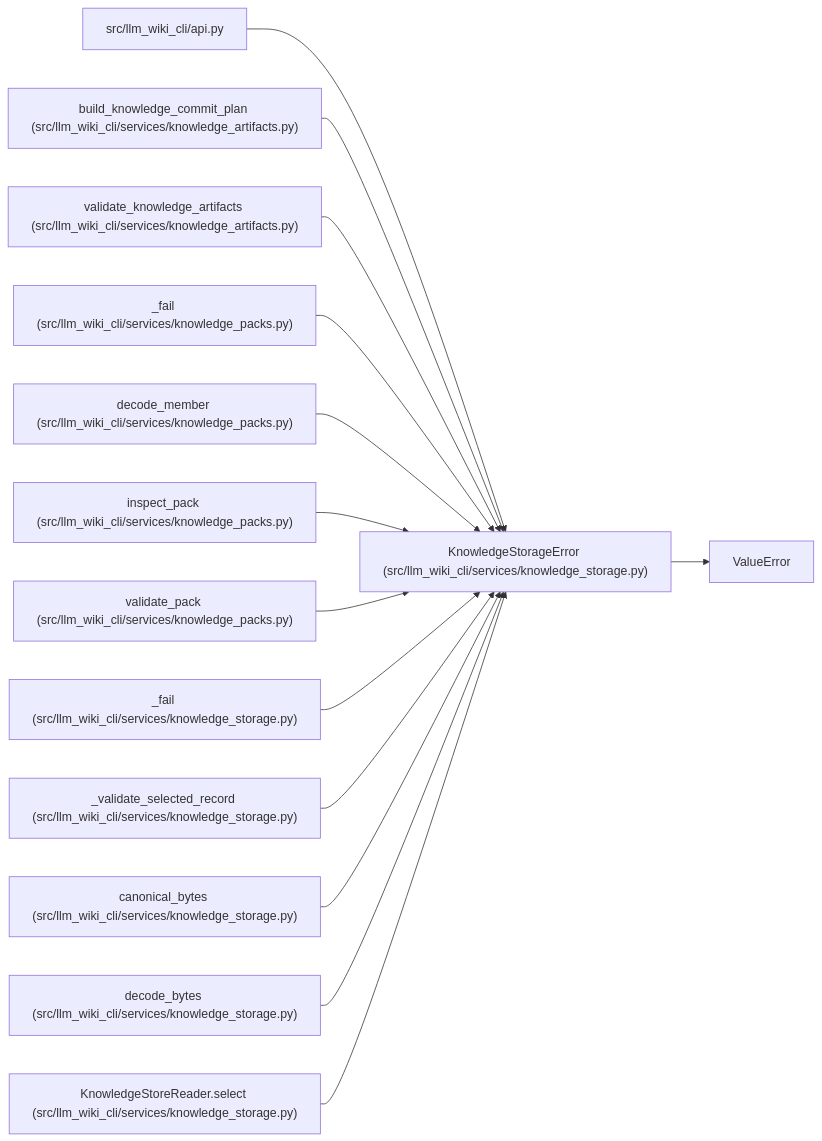
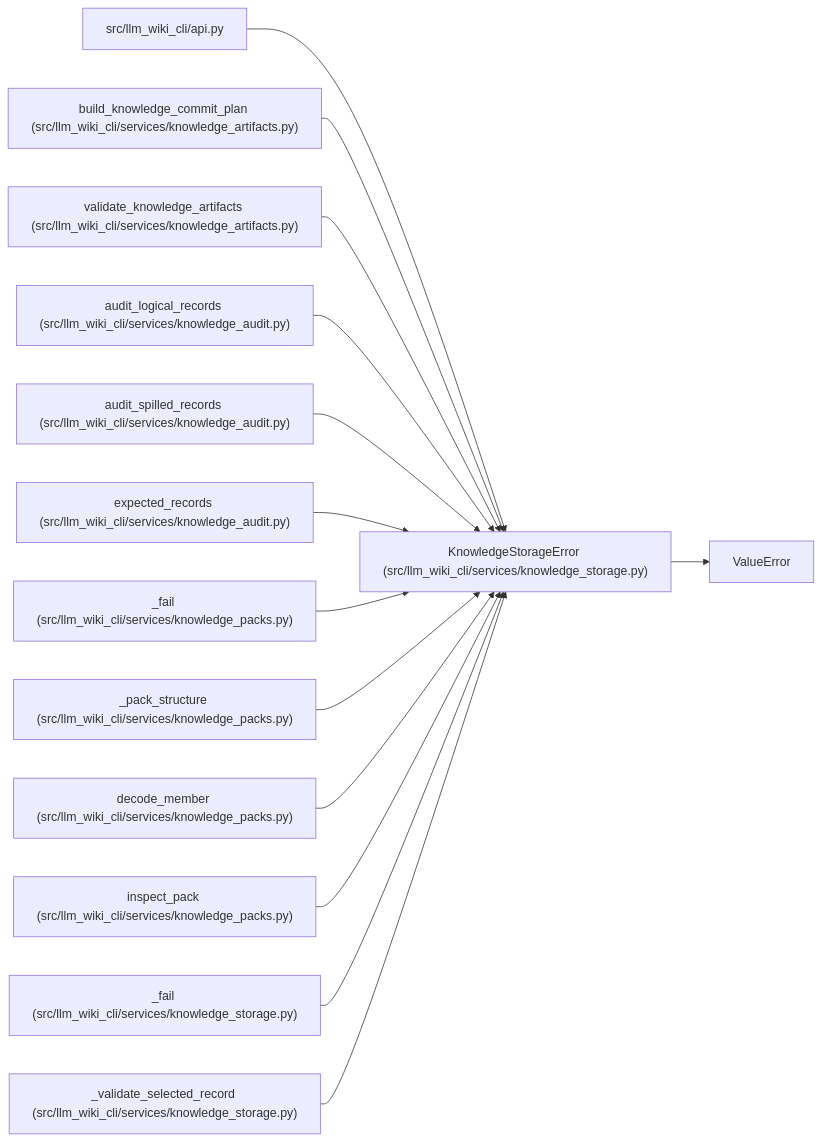
The diagram in docs/llm_wiki/entities/KnowledgeStorageError.md (Denissvgn/python-wiki-llm), drawn with Mermaid before and after one commit. The commit also changed other lines of this file and 476 other files, not shown here.

Commit message:
Refresh the reference wiki with bounded manifest storage

````diff
--- a/docs/llm_wiki/entities/KnowledgeStorageError.md
+++ b/docs/llm_wiki/entities/KnowledgeStorageError.md
@@ -25,43 +25,43 @@
 ```mermaid
 flowchart LR
     n0["KnowledgeStorageError (src/llm_wiki_cli/services/knowledge_storage.py)"]
     n1["ValueError"]
     n2["src/llm_wiki_cli/api.py"]
     n3["build_knowledge_commit_plan (src/llm_wiki_cli/services/knowledge_artifacts.py)"]
     n4["validate_knowledge_artifacts (src/llm_wiki_cli/services/knowledge_artifacts.py)"]
-    n5["_fail (src/llm_wiki_cli/services/knowledge_packs.py)"]
-    n6["decode_member (src/llm_wiki_cli/services/knowledge_packs.py)"]
-    n7["inspect_pack (src/llm_wiki_cli/services/knowledge_packs.py)"]
-    n8["validate_pack (src/llm_wiki_cli/services/knowledge_packs.py)"]
-    n9["_fail (src/llm_wiki_cli/services/knowledge_storage.py)"]
-    n10["_validate_selected_record (src/llm_wiki_cli/services/knowledge_storage.py)"]
-    n11["canonical_bytes (src/llm_wiki_cli/services/knowledge_storage.py)"]
-    n12["decode_bytes (src/llm_wiki_cli/services/knowledge_storage.py)"]
-    n13["KnowledgeStoreReader.select (src/llm_wiki_cli/services/knowledge_storage.py)"]
+    n5["audit_logical_records (src/llm_wiki_cli/services/knowledge_audit.py)"]
+    n6["audit_spilled_records (src/llm_wiki_cli/services/knowledge_audit.py)"]
+    n7["expected_records (src/llm_wiki_cli/services/knowledge_audit.py)"]
+    n8["_fail (src/llm_wiki_cli/services/knowledge_packs.py)"]
+    n9["_pack_structure (src/llm_wiki_cli/services/knowledge_packs.py)"]
+    n10["decode_member (src/llm_wiki_cli/services/knowledge_packs.py)"]
+    n11["inspect_pack (src/llm_wiki_cli/services/knowledge_packs.py)"]
+    n12["_fail (src/llm_wiki_cli/services/knowledge_storage.py)"]
+    n13["_validate_selected_record (src/llm_wiki_cli/services/knowledge_storage.py)"]
     n0 --> n1
     n2 --> n0
     n3 --> n0
     n4 --> n0
     n5 --> n0
     n6 --> n0
     n7 --> n0
     n8 --> n0
     n9 --> n0
     n10 --> n0
     n11 --> n0
     n12 --> n0
     n13 --> n0
     click n0 "../modules/knowledge_storage.md"
     click n2 "../modules/api.md"
     click n3 "../modules/knowledge_artifacts.md"
     click n4 "../modules/knowledge_artifacts.md"
-    click n5 "../modules/knowledge_packs.md"
-    click n6 "../modules/knowledge_packs.md"
-    click n7 "../modules/knowledge_packs.md"
+    click n5 "../modules/knowledge_audit.md"
+    click n6 "../modules/knowledge_audit.md"
+    click n7 "../modules/knowledge_audit.md"
     click n8 "../modules/knowledge_packs.md"
-    click n9 "../modules/knowledge_storage.md"
-    click n10 "../modules/knowledge_storage.md"
-    click n11 "../modules/knowledge_storage.md"
+    click n9 "../modules/knowledge_packs.md"
+    click n10 "../modules/knowledge_packs.md"
+    click n11 "../modules/knowledge_packs.md"
     click n12 "../modules/knowledge_storage.md"
     click n13 "../modules/knowledge_storage.md"
 ```
````
